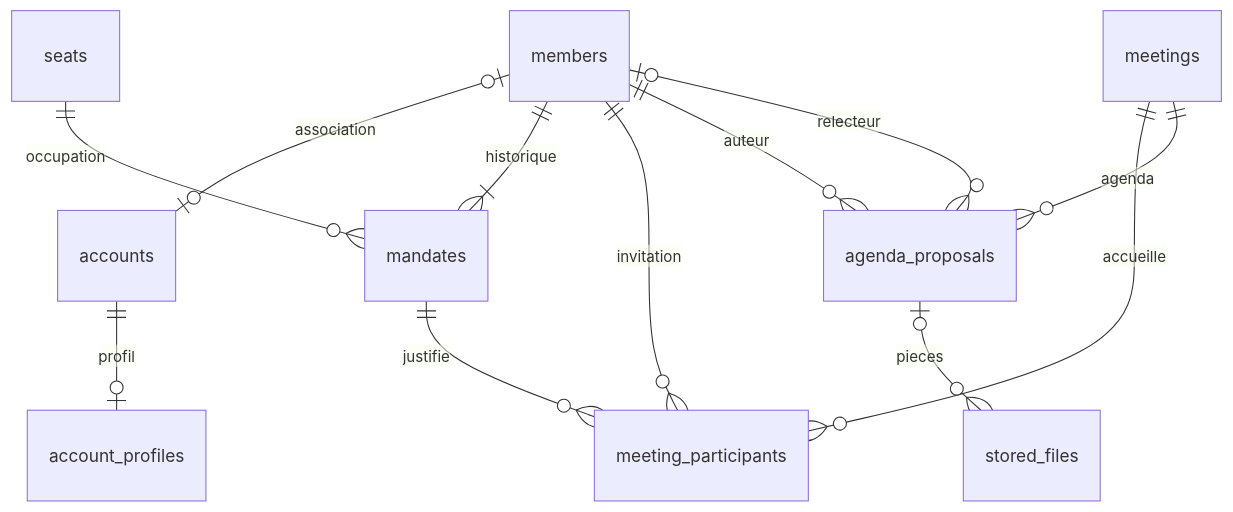
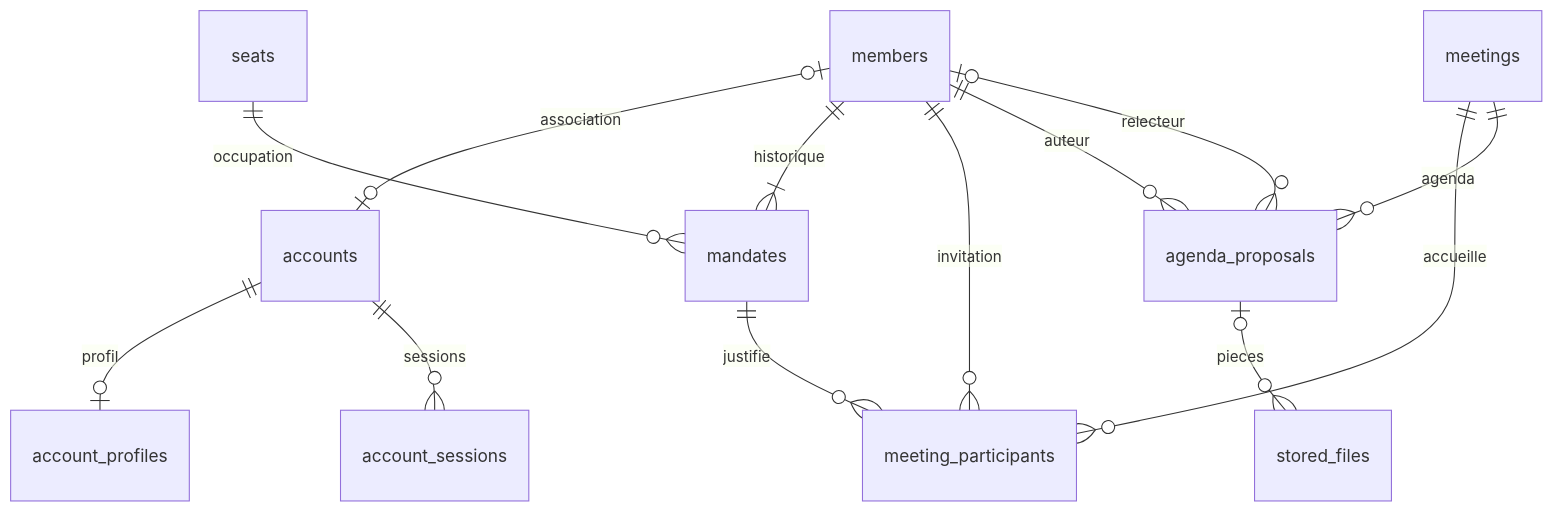
Before and after one commit to nassimbelaid-dev/devrangers-projet-devops: the first of 3 diagrams in docs/database/MLD.md, drawn with Mermaid. The commit also changed other lines of this file and 14 other files, not shown here.

````diff
--- a/docs/database/MLD.md
+++ b/docs/database/MLD.md
@@ -79,14 +87,15 @@
 ```mermaid
 erDiagram
   members o|--o| accounts : association
   accounts ||--o| account_profiles : profil
+  accounts ||--o{ account_sessions : sessions
   members ||--|{ mandates : historique
   seats ||--o{ mandates : occupation
   members ||--o{ meeting_participants : invitation
   mandates ||--o{ meeting_participants : justifie
   meetings ||--o{ meeting_participants : accueille
   meetings ||--o{ agenda_proposals : agenda
   members ||--o{ agenda_proposals : auteur
   members o|--o{ agenda_proposals : relecteur
   agenda_proposals o|--o{ stored_files : pieces
 ```
````
